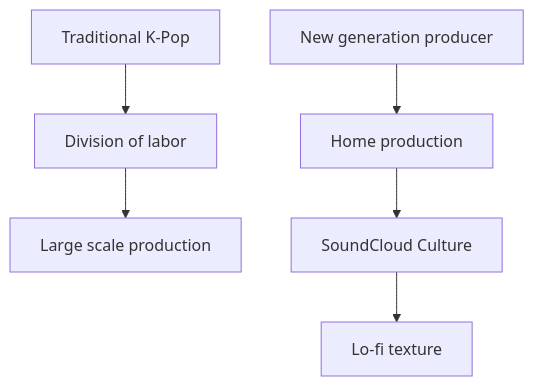
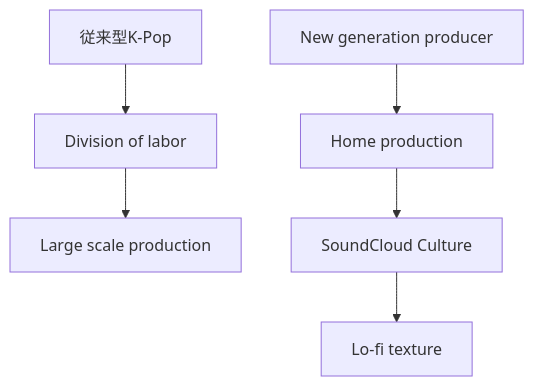
Before and after one commit to monumental-movement/monumental-movement.github.io: the fifth of 17 diagrams in en/_posts/2026-05-24-column-k-pop-indie-electronica.md, drawn with Mermaid. The commit also changed other lines of this file and 2196 other files, not shown here.

```diff
--- a/en/_posts/2026-05-24-column-k-pop-indie-electronica.md
+++ b/en/_posts/2026-05-24-column-k-pop-indie-electronica.md
@@ -183,9 +183,9 @@
 <div class="mermaid">
 graph TD
-A["Traditional K-Pop"] --> B["Division of labor"]
+A["従来型K-Pop"] --> B["Division of labor"]
 B --> C["Large scale production"]
 
 D["New generation producer"] --> E["Home production"]
 E --> F["SoundCloud Culture"]
 F --> G["Lo-fi texture"]
 </div>
```
